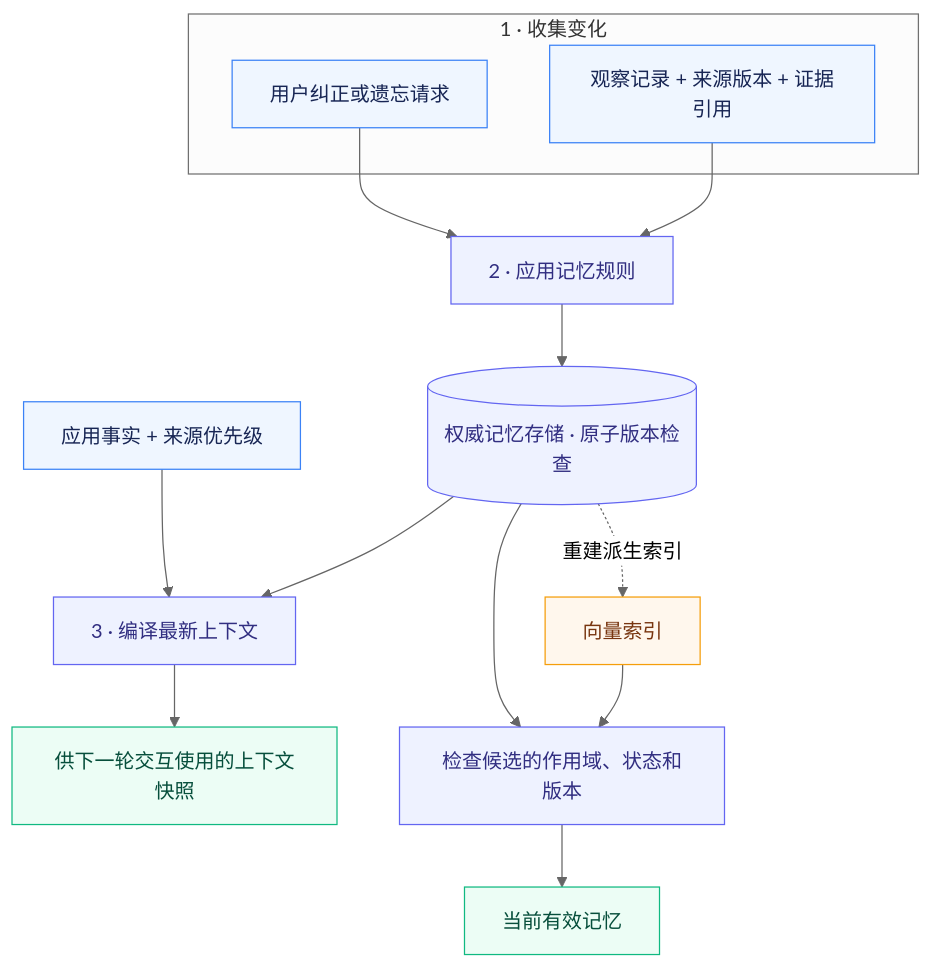
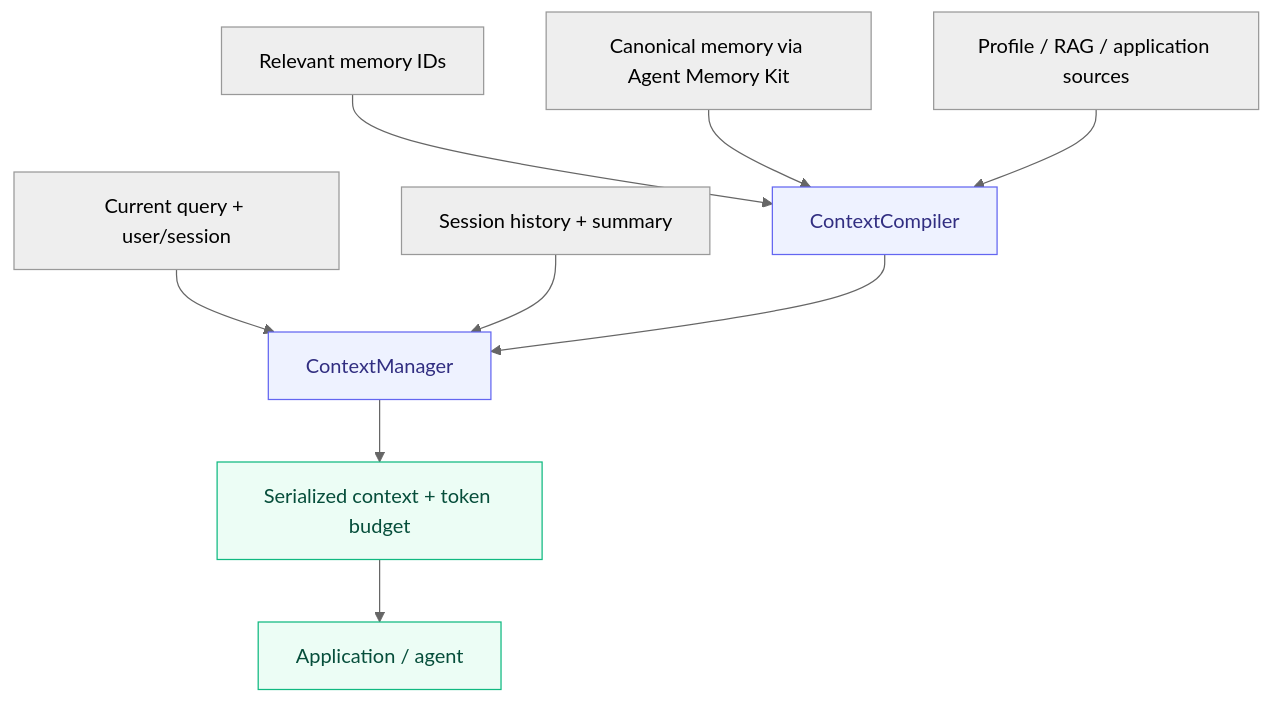
The diagram in README.zh-CN.md (Elyon0517/agent-context-builder), drawn with Mermaid (neutral theme) before and after one commit. The commit also changed other lines of this file and 16 other files, not shown here.

Commit message:
Separate memory component and add session context orchestration

````diff
--- a/README.zh-CN.md
+++ b/README.zh-CN.md
@@ -27,29 +19,15 @@
 ```mermaid
-flowchart TB
-    subgraph Inputs["1 · 收集变化"]
-        O["观察记录 + 来源版本 + 证据引用"]
-        U["用户纠正或遗忘请求"]
-    end
-
-    O --> E["2 · 应用记忆规则"]
-    U --> E
-    E --> S[("权威记忆存储 · 原子版本检查")]
-
-    S --> C["3 · 编译最新上下文"]
-    P["应用事实 + 来源优先级"] --> C
-    C --> N["供下一轮交互使用的上下文快照"]
-
-    S -. "重建派生索引" .-> V["向量索引"]
-    V --> G["检查候选的作用域、状态和版本"]
-    S --> G
-    G --> R["当前有效记忆"]
-
-    classDef input fill:#EFF6FF,stroke:#3B82F6,color:#172554
+flowchart TD
+    Q[Current query + user/session] --> M[ContextManager]
+    H[Session history + summary] --> M
+    R[Relevant memory IDs] --> C[ContextCompiler]
+    S[Canonical memory via Agent Memory Kit] --> C
+    F[Profile / RAG / application sources] --> C
+    C --> M
+    M --> B[Serialized context + token budget]
+    B --> A[Application / agent]
     classDef core fill:#EEF2FF,stroke:#6366F1,color:#312E81
     classDef output fill:#ECFDF5,stroke:#10B981,color:#064E3B
-    classDef derived fill:#FFF7ED,stroke:#F59E0B,color:#78350F
-    class O,U,P input
-    class E,S,C,G core
-    class N,R output
-    class V derived
+    class M,C core
+    class B,A output
 ```
````
